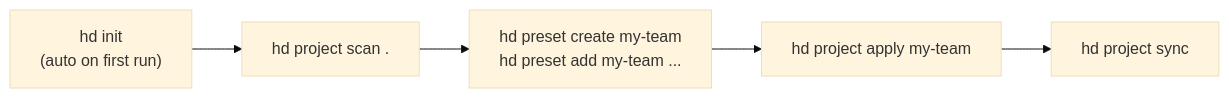
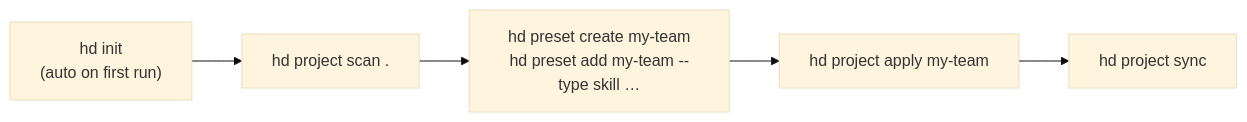
One commit to harnesstap/harnesstap changed the second of 2 diagrams in docs/superpowers/specs/2026-05-26-cli-noun-and-wizard-design.md. Above: the diagram before and after it, drawn with Mermaid (base theme). The commit also changed other lines of this file and 1 other file, not shown here.

````diff
--- a/docs/superpowers/specs/2026-05-26-cli-noun-and-wizard-design.md
+++ b/docs/superpowers/specs/2026-05-26-cli-noun-and-wizard-design.md
@@ -240,7 +296,7 @@
 ```mermaid
 flowchart LR
   Init["hd init<br/>(auto on first run)"] --> Scan["hd project scan ."]
-  Scan --> Preset["hd preset create my-team<br/>hd preset add my-team ..."]
+  Scan --> Preset["hd preset create my-team<br/>hd preset add my-team --type skill …"]
   Preset --> Apply["hd project apply my-team"]
   Apply --> Sync["hd project sync"]
 ```
````
